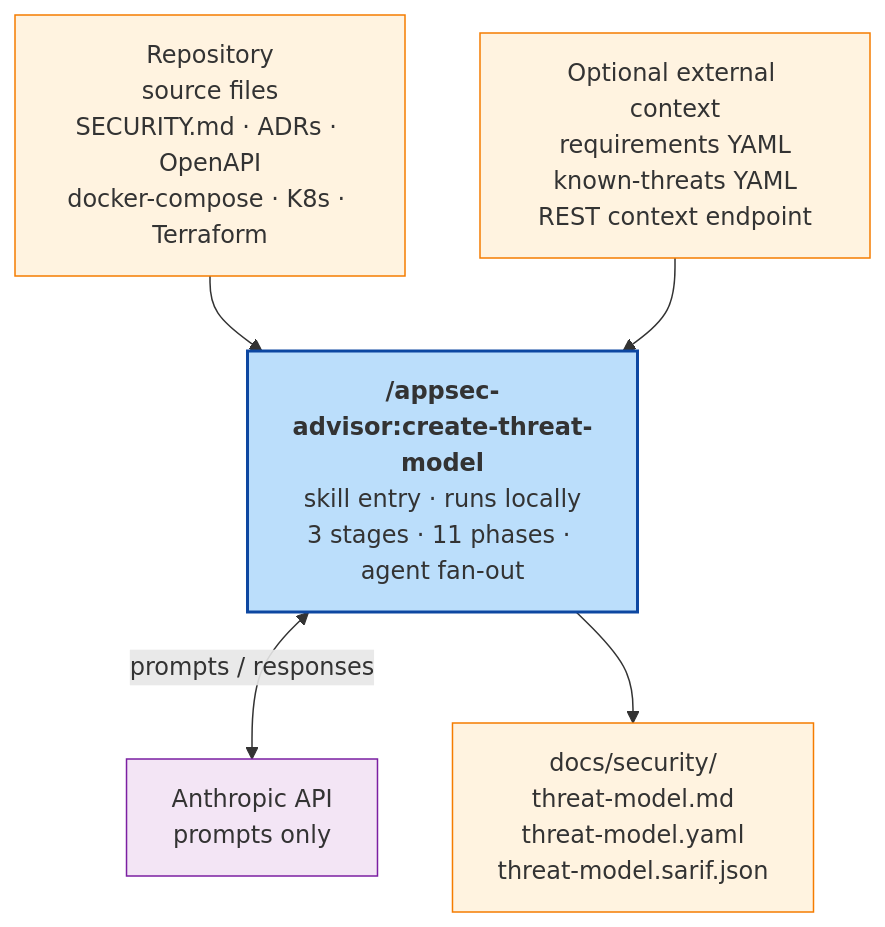
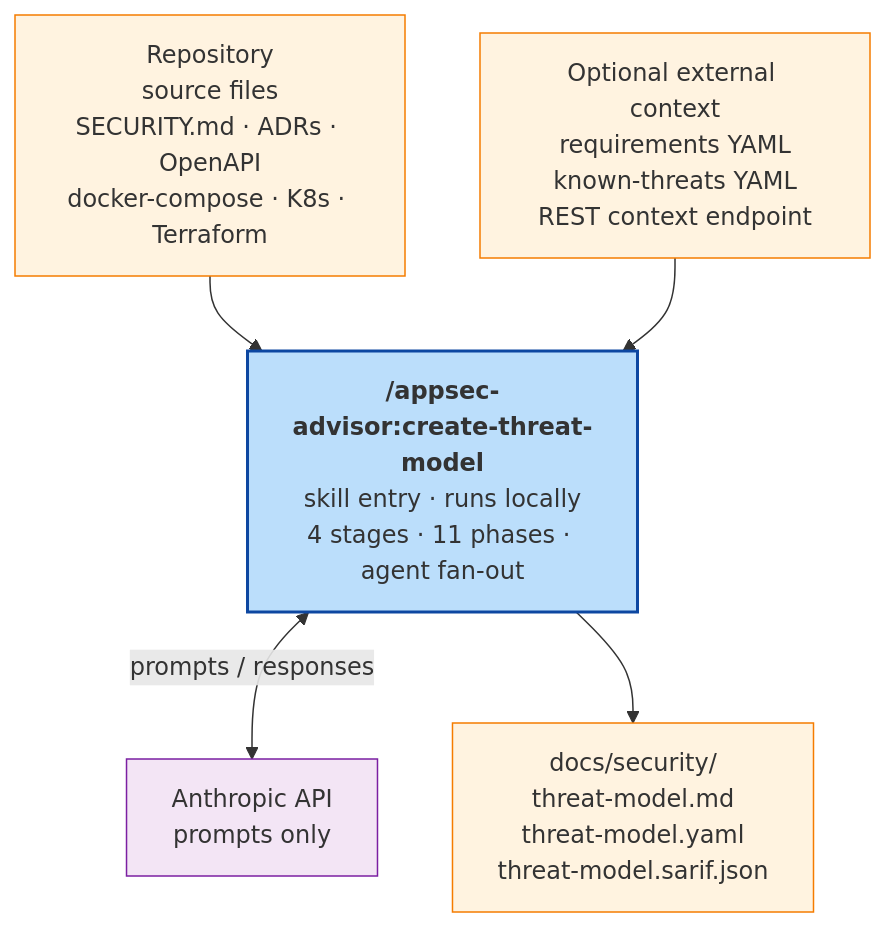
Before and after one commit to appsec-foundry/appsec-advisor: the first of 2 diagrams in docs/threat-model-skill.md, drawn with Mermaid. The commit also changed other lines of this file and 43 other files, not shown here.

````diff
--- a/docs/threat-model-skill.md
+++ b/docs/threat-model-skill.md
@@ -25,23 +26,23 @@
 ```mermaid
 flowchart TB
     REPO["Repository<br/>source files<br/>SECURITY.md · ADRs · OpenAPI<br/>docker-compose · K8s · Terraform"]
     EXT["Optional external context<br/>requirements YAML<br/>known-threats YAML<br/>REST context endpoint"]
 
-    SKILL["<b>/appsec-advisor:create-threat-model</b><br/>skill entry · runs locally<br/>3 stages · 11 phases · agent fan-out"]
+    SKILL["<b>/appsec-advisor:create-threat-model</b><br/>skill entry · runs locally<br/>4 stages · 11 phases · agent fan-out"]
 
     API["Anthropic API<br/>prompts only"]
 
     OUT["docs/security/<br/>threat-model.md<br/>threat-model.yaml<br/>threat-model.sarif.json"]
 
     REPO --> SKILL
     EXT --> SKILL
     SKILL <-->|prompts / responses| API
     SKILL --> OUT
 
     classDef io fill:#fff3e0,stroke:#f57c00,stroke-width:1px
     classDef skill fill:#bbdefb,stroke:#0d47a1,stroke-width:2px
     classDef ext fill:#f3e5f5,stroke:#7b1fa2,stroke-width:1px
     class REPO,EXT,OUT io
     class SKILL skill
     class API ext
 ```
````
